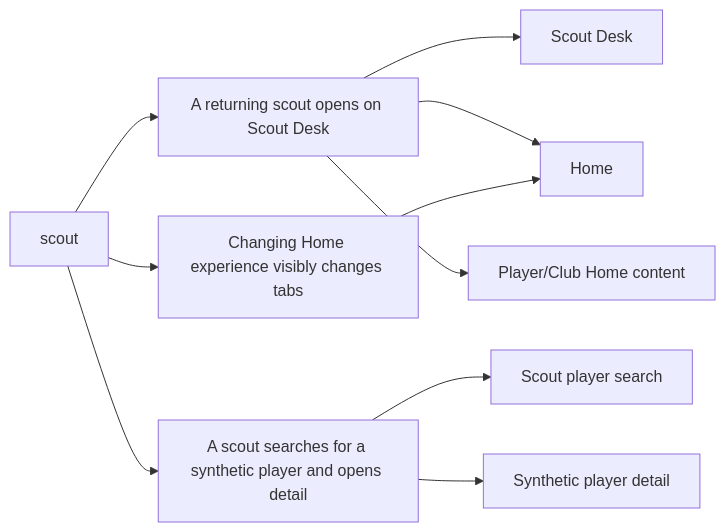
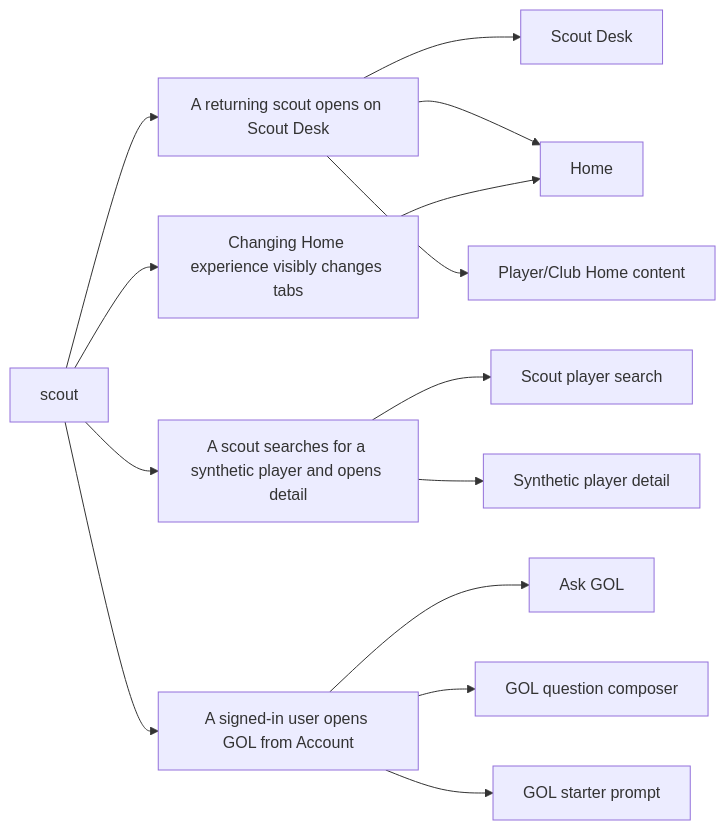
The first of 3 diagrams in academy-watch-ios/sim/STORY_MAP.md (performlikemj/the-academy-watch), drawn with Mermaid before and after one commit. The commit also changed other lines of this file and 26 other files, not shown here.

````diff
--- a/academy-watch-ios/sim/STORY_MAP.md
+++ b/academy-watch-ios/sim/STORY_MAP.md
@@ -9,22 +9,30 @@
 ```mermaid
 flowchart LR
   classDef unproven stroke-dasharray: 5 5
   n146b7b0253793f2cd50ea32f["scout"]
   n798d060a35dba53a8c335cde["Scout Desk"]
   nc96d5cf53bf0d0dfeb32ff3e["Home"]
   n078dfcb839527d3a44b45781["Scout player search"]
   nbcf95f94224ba94140962121["Synthetic player detail"]
   n84ba303d0e5cd68708b7e769["Player#47;Club Home content"]
+  nc28fa5f676e165232b0adeba["Ask GOL"]
+  n2fcfc00ace05910a9a96a1d5["GOL question composer"]
+  n218ac13d2ddfb6b9d4160a0e["GOL starter prompt"]
   n94cfb1e84bd2610fabbcad73["A returning scout opens on Scout Desk"]
   n146b7b0253793f2cd50ea32f --> n94cfb1e84bd2610fabbcad73
   n94cfb1e84bd2610fabbcad73 --> n798d060a35dba53a8c335cde
   n94cfb1e84bd2610fabbcad73 --> nc96d5cf53bf0d0dfeb32ff3e
   n94cfb1e84bd2610fabbcad73 --> n84ba303d0e5cd68708b7e769
   n523dc9d2c8f6b3292ef7c403["Changing Home experience visibly changes tabs"]
   n146b7b0253793f2cd50ea32f --> n523dc9d2c8f6b3292ef7c403
   n523dc9d2c8f6b3292ef7c403 --> nc96d5cf53bf0d0dfeb32ff3e
   n116deaa81436aece1a5dd821["A scout searches for a synthetic player and opens detail"]
   n146b7b0253793f2cd50ea32f --> n116deaa81436aece1a5dd821
   n116deaa81436aece1a5dd821 --> n078dfcb839527d3a44b45781
   n116deaa81436aece1a5dd821 --> nbcf95f94224ba94140962121
+  n2f0f24e1c6d406517ccc6b76["A signed-in user opens GOL from Account"]
+  n146b7b0253793f2cd50ea32f --> n2f0f24e1c6d406517ccc6b76
+  n2f0f24e1c6d406517ccc6b76 --> nc28fa5f676e165232b0adeba
+  n2f0f24e1c6d406517ccc6b76 --> n2fcfc00ace05910a9a96a1d5
+  n2f0f24e1c6d406517ccc6b76 --> n218ac13d2ddfb6b9d4160a0e
 ```
````
